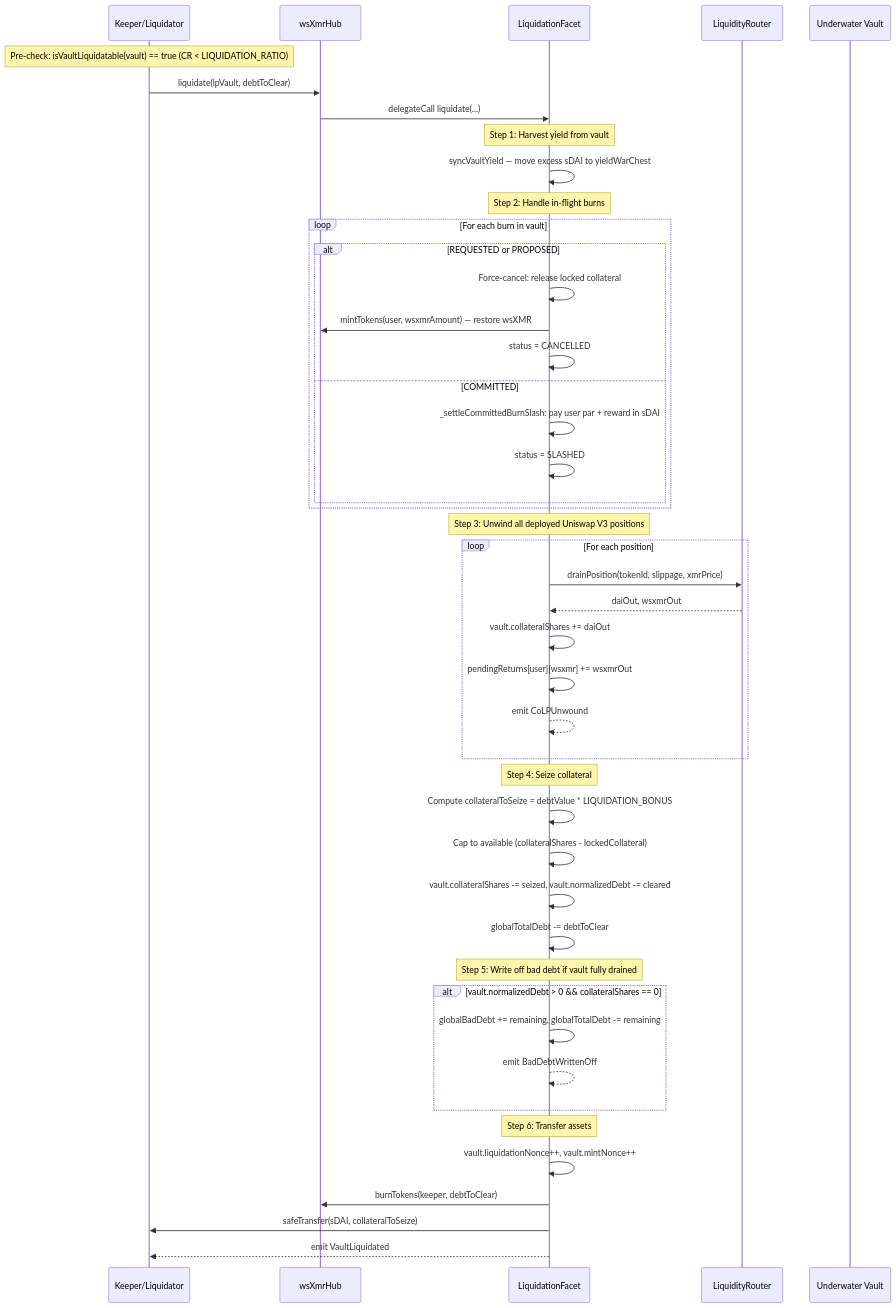
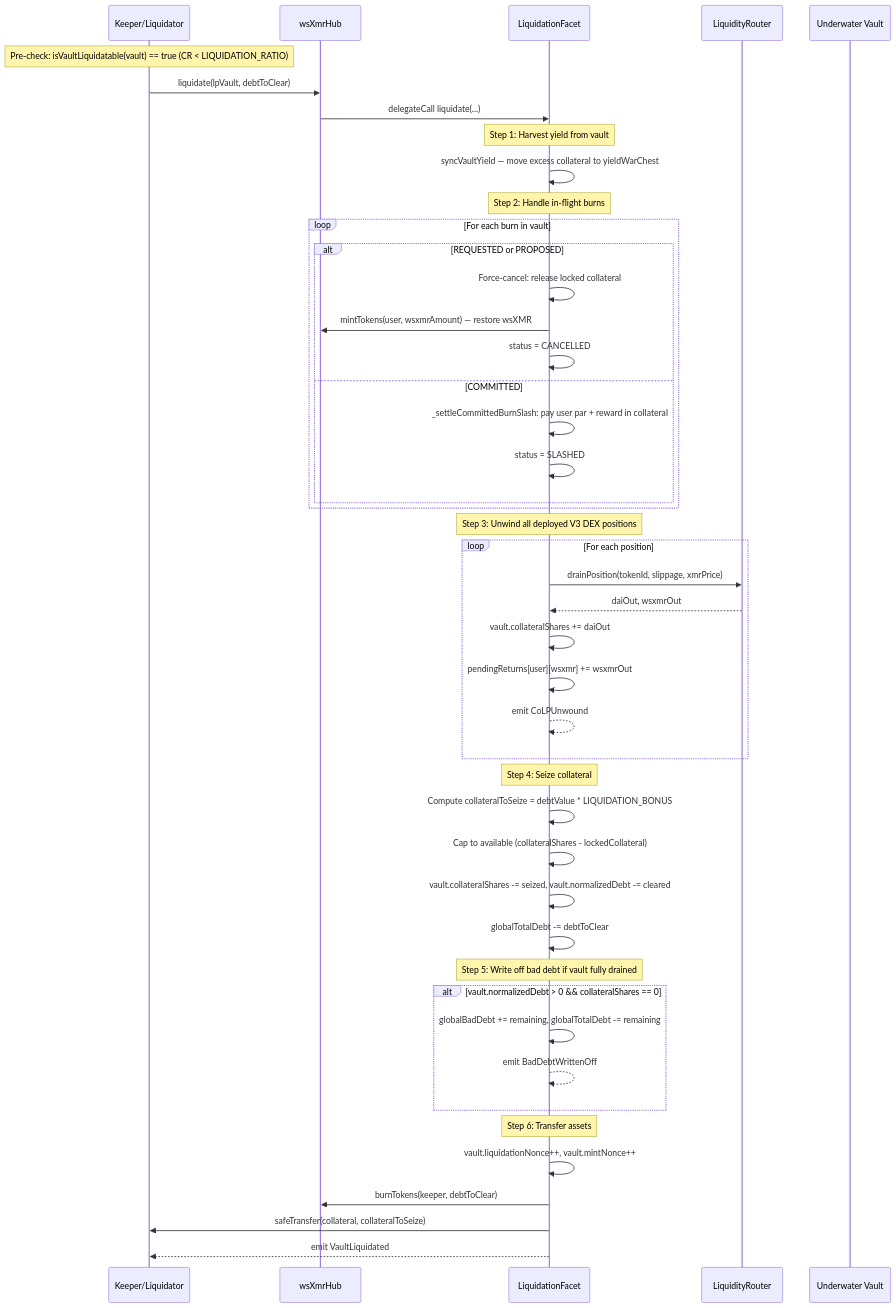
Before and after one commit to madschristensen99/wrapsynth: diagram 24 of 27 in docs/sequenceDiagrams.md, drawn with Mermaid. The commit also changed other lines of this file and 1 other file, not shown here.

First line of the commit message:
Fix Mermaid parse errors + generalize docs to chain-agnostic terms

````diff
--- a/docs/sequenceDiagrams.md
+++ b/docs/sequenceDiagrams.md
@@ -1198,55 +1198,55 @@
 ```mermaid
 sequenceDiagram
     participant Keeper as Keeper/Liquidator
     participant Hub as wsXmrHub
     participant Liq as LiquidationFacet
     participant Router as LiquidityRouter
     participant Vault as Underwater Vault
 
     Note over Keeper: Pre-check: isVaultLiquidatable(vault) == true (CR < LIQUIDATION_RATIO)
 
     Keeper->>Hub: liquidate(lpVault, debtToClear)
     Hub->>Liq: delegateCall liquidate(...)
 
     Note over Liq: Step 1: Harvest yield from vault
-    Liq->>Liq: syncVaultYield — move excess sDAI to yieldWarChest
+    Liq->>Liq: syncVaultYield — move excess collateral to yieldWarChest
 
     Note over Liq: Step 2: Handle in-flight burns
     loop For each burn in vault
         alt REQUESTED or PROPOSED
             Liq->>Liq: Force-cancel: release locked collateral
             Liq->>Hub: mintTokens(user, wsxmrAmount) — restore wsXMR
             Liq->>Liq: status = CANCELLED
         else COMMITTED
-            Liq->>Liq: _settleCommittedBurnSlash: pay user par + reward in sDAI
+            Liq->>Liq: _settleCommittedBurnSlash: pay user par + reward in collateral
             Liq->>Liq: status = SLASHED
         end
     end
 
-    Note over Liq: Step 3: Unwind all deployed Uniswap V3 positions
+    Note over Liq: Step 3: Unwind all deployed V3 DEX positions
     loop For each position
         Liq->>Router: drainPosition(tokenId, slippage, xmrPrice)
         Router-->>Liq: daiOut, wsxmrOut
         Liq->>Liq: vault.collateralShares += daiOut
         Liq->>Liq: pendingReturns[user][wsxmr] += wsxmrOut
         Liq-->>Liq: emit CoLPUnwound
     end
 
     Note over Liq: Step 4: Seize collateral
     Liq->>Liq: Compute collateralToSeize = debtValue * LIQUIDATION_BONUS
     Liq->>Liq: Cap to available (collateralShares - lockedCollateral)
     Liq->>Liq: vault.collateralShares -= seized, vault.normalizedDebt -= cleared
     Liq->>Liq: globalTotalDebt -= debtToClear
 
     Note over Liq: Step 5: Write off bad debt if vault fully drained
     alt vault.normalizedDebt > 0 && collateralShares == 0
         Liq->>Liq: globalBadDebt += remaining, globalTotalDebt -= remaining
         Liq-->>Liq: emit BadDebtWrittenOff
     end
 
     Note over Liq: Step 6: Transfer assets
     Liq->>Liq: vault.liquidationNonce++, vault.mintNonce++
     Liq->>Hub: burnTokens(keeper, debtToClear)
-    Liq->>Keeper: safeTransfer(sDAI, collateralToSeize)
+    Liq->>Keeper: safeTransfer(collateral, collateralToSeize)
     Liq-->>Keeper: emit VaultLiquidated
 ```
````
